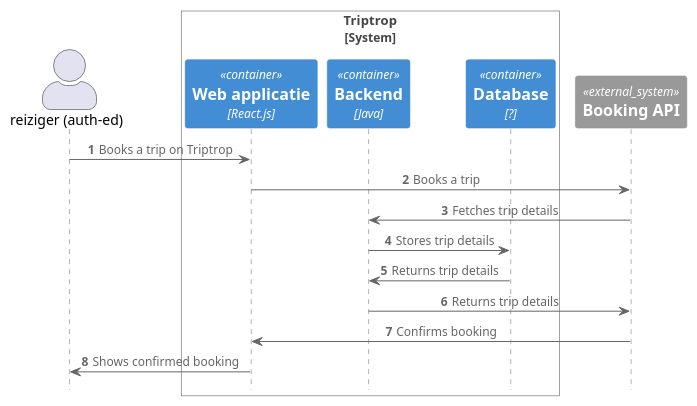
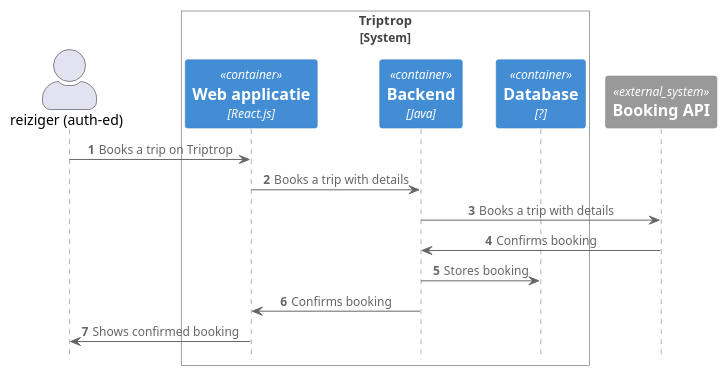
The diagram in Week1/Presentatie/3SequentieDiagram/Reis-boeken.puml (AIM-ENE-feb25/triptop-inshallahboys), drawn with PlantUML before and after one commit.

Commit message:
Aanpassingen feedback
- Commentaar toegevoegd omdat leuk
- Frontend -> API -> backend wordt nu voorkomen
- Wordt nu niks opgevraagd uit DB, maar wel opgeslagen

```diff
--- a/Week1/Presentatie/3SequentieDiagram/Reis-boeken.puml
+++ b/Week1/Presentatie/3SequentieDiagram/Reis-boeken.puml
@@ -1,28 +1,24 @@
 @startuml
 !include https://raw.githubusercontent.com/plantuml-stdlib/C4-PlantUML/master/C4_Sequence.puml
 
 autonumber
 
-
+' actoren en containers
 actor "reiziger (auth-ed)" as R
 System_Boundary(c4, "Triptrop")
 Container(webApp, "Web applicatie", "React.js", "Gebruikersinterface voor reizigers")
 Container(backend, "Backend", "Java", "Verwerkt alle logica")
 Container(DB, "Database", "?", "Opslaan van data")
 Boundary_End()
 System_Ext(API, "Booking API", "?")
 
-
+' relaties
 R -> webApp: Books a trip on Triptrop
-webApp -> API: Books a trip
-API -> backend: Fetches trip details
-backend -> DB: Stores trip details
-DB -> backend: Returns trip details
-backend -> API: Returns trip details
-API -> webApp: Confirms booking
+webApp -> backend: Books a trip with details
+backend -> API: Books a trip with details
+API -> backend: Confirms booking
+backend -> DB: Stores booking
+backend -> webApp: Confirms booking
 webApp -> R: Shows confirmed booking
 
-
-
-
 @enduml
```
